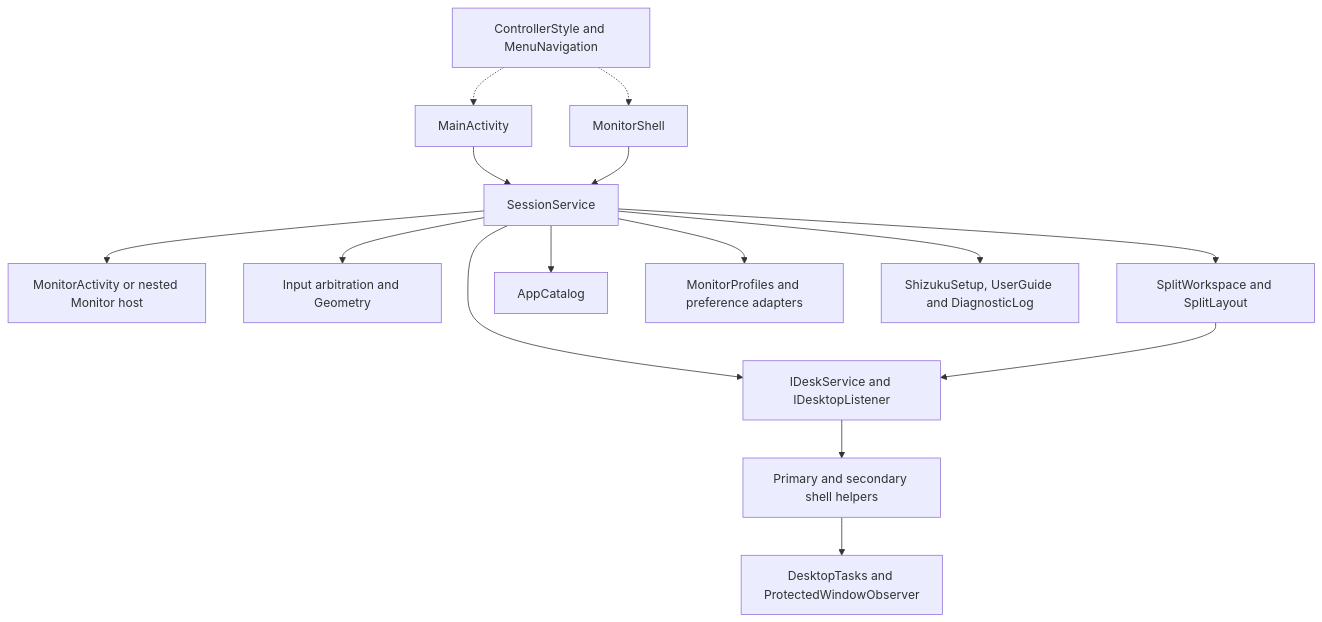
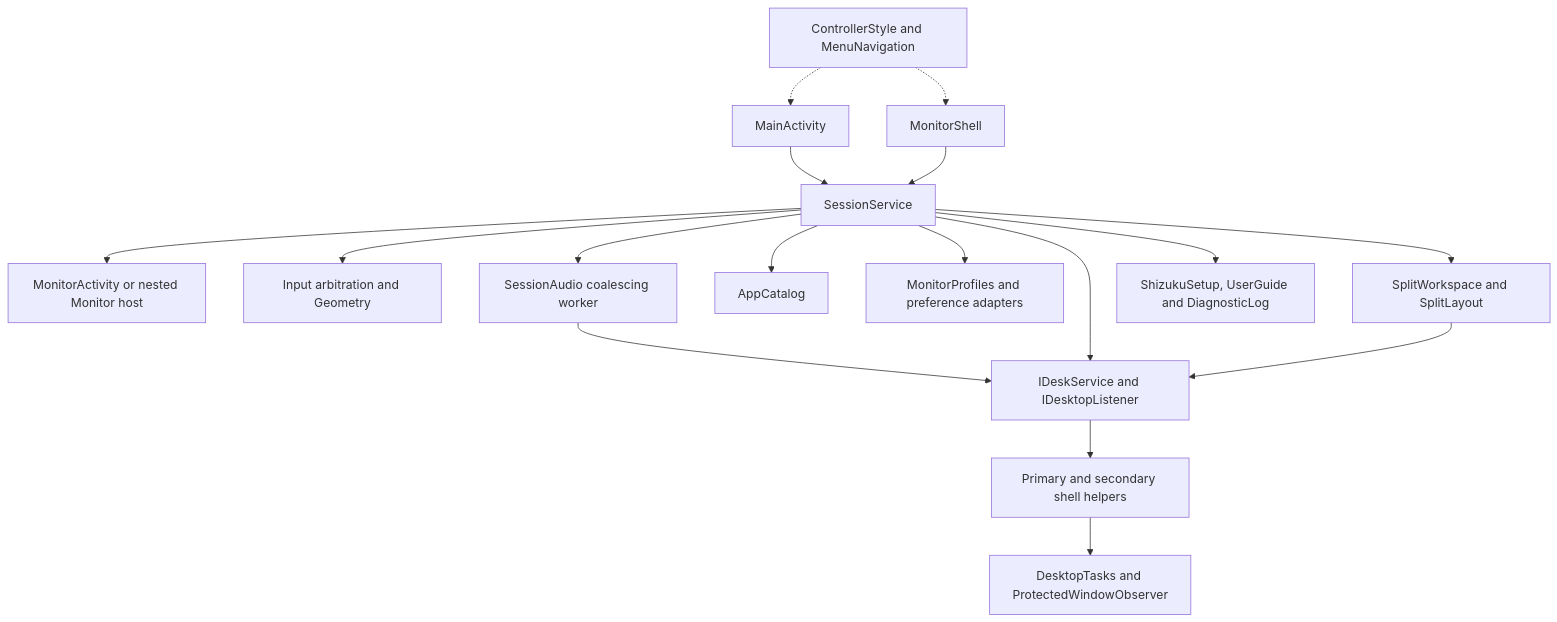
The second of 3 diagrams in docs/architecture/README.md (PhiLong-Ho/DexDroid), drawn with Mermaid before and after one commit. The commit also changed other lines of this file and 46 other files, not shown here.

````diff
--- a/docs/architecture/README.md
+++ b/docs/architecture/README.md
@@ -73,17 +78,19 @@
 ```mermaid
 flowchart TB
     Phone[MainActivity] --> S[SessionService]
     Monitor[MonitorShell] --> S
     Widgets[ControllerStyle and MenuNavigation] -.-> Phone
     Widgets -.-> Monitor
     S --> Host[MonitorActivity or nested Monitor host]
     S --> Input[Input arbitration and Geometry]
     S --> Split[SplitWorkspace and SplitLayout]
     S --> Catalog[AppCatalog]
     S --> Prefs[MonitorProfiles and preference adapters]
+    S --> Audio[SessionAudio coalescing worker]
+    Audio --> IPC
     S --> Guidance[ShizukuSetup, UserGuide and DiagnosticLog]
     S --> IPC[IDeskService and IDesktopListener]
     Split --> IPC
     IPC --> Helpers[Primary and secondary shell helpers]
     Helpers --> Observe[DesktopTasks and ProtectedWindowObserver]
 ```
````
